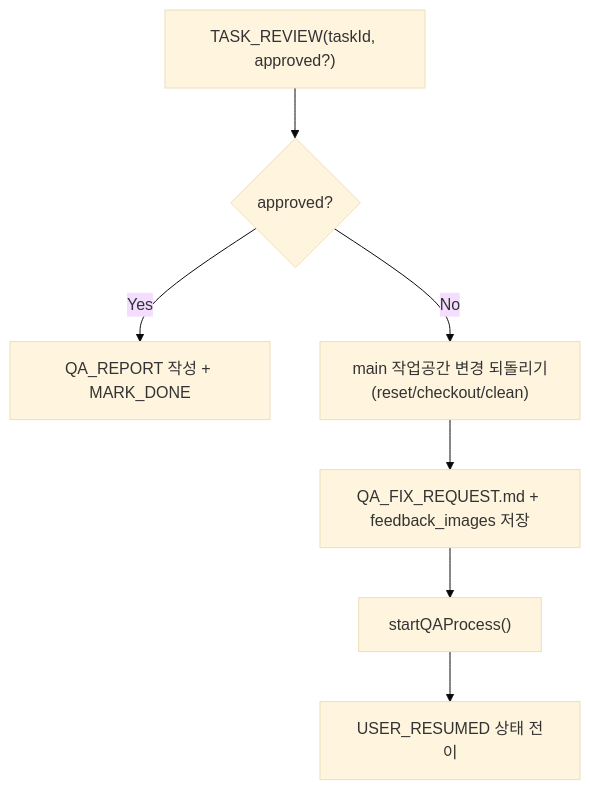
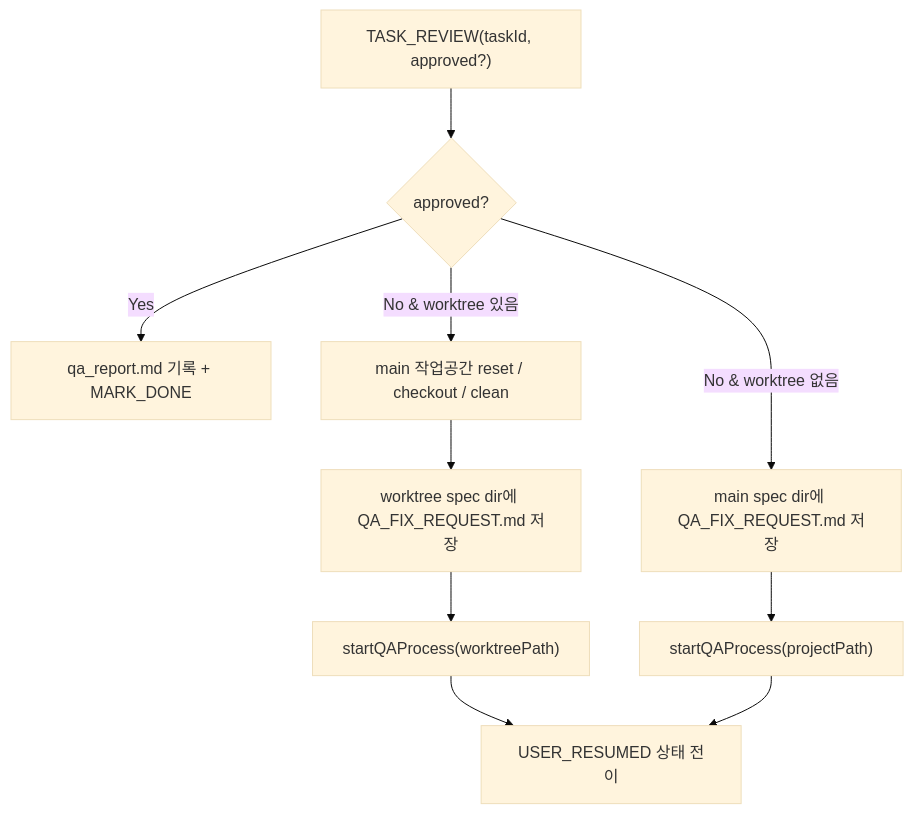
Before and after one commit to kimchanhyung98/agentic-workflows: the seventh of 10 diagrams in aperant/00-diagram.md, drawn with Mermaid (base theme). The commit also changed other lines of this file and 3 other files, not shown here.

First line of the commit message:
docs(aperant): expand architecture, flows, and analysis

````diff
--- a/aperant/00-diagram.md
+++ b/aperant/00-diagram.md
@@ -114,9 +210,15 @@
 ```mermaid
 flowchart TD
     A["TASK_REVIEW(taskId, approved?)"] --> B{"approved?"}
-    B -->|Yes| C["QA_REPORT 작성 + MARK_DONE"]
-    B -->|No| D["main 작업공간 변경 되돌리기(reset/checkout/clean)"]
-    D --> E["QA_FIX_REQUEST.md + feedback_images 저장"]
-    E --> F["startQAProcess()"]
+
+    B -->|Yes| C["qa_report.md 기록 + MARK_DONE"]
+
+    B -->|No & worktree 있음| D["main 작업공간 reset / checkout / clean"]
+    D --> E["worktree spec dir에 QA_FIX_REQUEST.md 저장"]
+    E --> F["startQAProcess(worktreePath)"]
     F --> G["USER_RESUMED 상태 전이"]
+
+    B -->|No & worktree 없음| H["main spec dir에 QA_FIX_REQUEST.md 저장"]
+    H --> I["startQAProcess(projectPath)"]
+    I --> G
 ```
````
